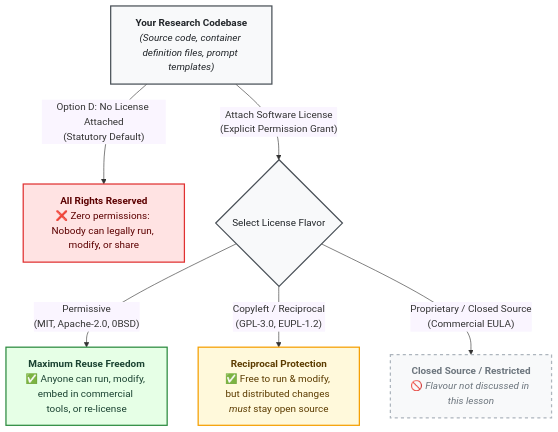
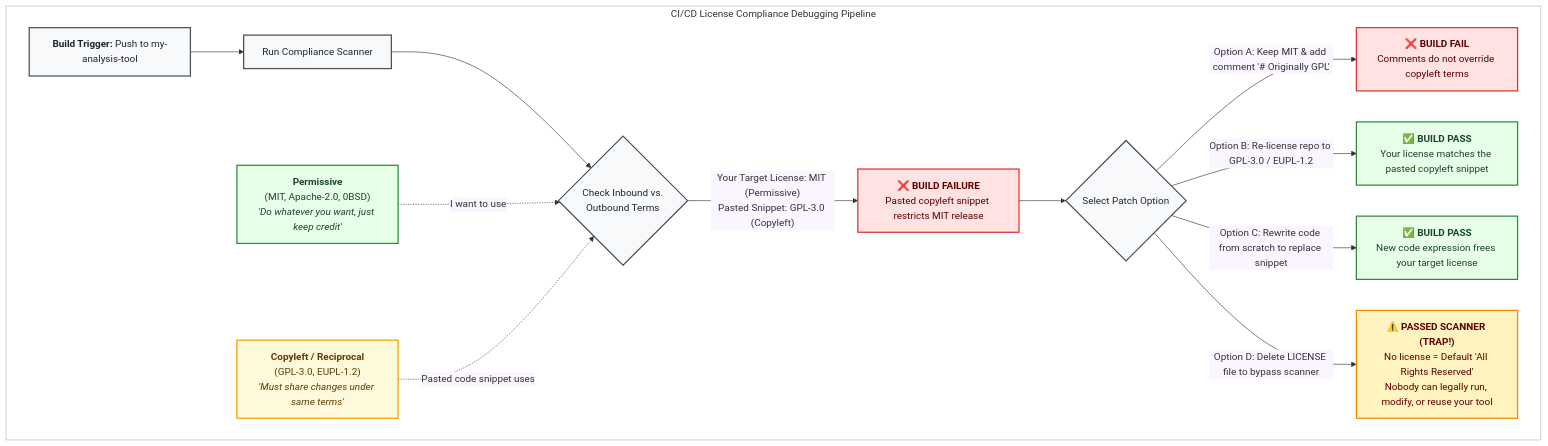
The second of 3 diagrams in content/software-licensing.md (coderefinery/social-coding), drawn with Mermaid before and after one commit. The commit also changed other lines of this file, not shown here.

Commit message:
Reorganizing, this version may be broken, saving before changing

````diff
--- a/content/software-licensing.md
+++ b/content/software-licensing.md
@@ -79,24 +120,39 @@
 ```{mermaid}
 %%{init: {'themeVariables': { 'edgeLabelBackground': '#faf5ff' }}}%%
-flowchart TD
-    A["<b>Your Research Codebase</b><br/><i>(Source code, container definition files, prompt templates)</i>"] -->|"Option D: No License Attached<br/>(Statutory Default)"| B["<b>All Rights Reserved</b><br/>❌ Zero permissions: Nobody can legally run, modify, or share"]
-    
-    A -->|"Attach Software License<br/>(Explicit Permission Grant)"| C{"Select License Flavor"}
-    
-    C -->|"Permissive<br/>(MIT, Apache-2.0, 0BSD)"| D["<b>Maximum Reuse Freedom</b><br/>✅ Anyone can run, modify, embed in commercial tools, or re-license"]
-    C -->|"Copyleft / Reciprocal<br/>(GPL-3.0, EUPL-1.2)"| E["<b>Reciprocal Protection</b><br/>✅ Free to run & modify, but distributed changes <i>must</i> stay open source"]
-    C -->|"Proprietary / Closed Source<br/>(Commercial EULA)"| F["<b>Closed Source / Restricted</b><br/>🚫 <i>Flavour not discussed in this lesson</i>"]
+flowchart TB
 
-    classDef defaultState fill:#ffe3e3,stroke:#e03131,stroke-width:2px,color:#5c0000;
-    classDef openState fill:#e6ffe6,stroke:#2b8a3e,stroke-width:2px,color:#1b4332;
-    classDef copyleftState fill:#fff9db,stroke:#f59f00,stroke-width:2px,color:#5c3c00;
-    classDef closedState fill:#f8f9fa,stroke:#adb5bd,stroke-width:2px,stroke-dasharray: 5 5,color:#6c757d;
-    classDef codeState fill:#f8f9fa,stroke:#495057,stroke-width:2px,color:#212529;
+    subgraph box["CI/CD License Compliance Debugging Pipeline"]
+        A["<b>Build Trigger:</b> Push to my-analysis-tool"] --> B["Run Compliance Scanner"]
+        B --> C{"Check Inbound vs.<br/>Outbound Terms"}
+        
+        C -->|"Your Target License: MIT (Permissive)<br/>Pasted Snippet: GPL-3.0 (Copyleft)"| D["❌ <b>BUILD FAILURE</b><br/>Pasted copyleft snippet restricts MIT release"]
+        
+        D --> E{"Select Patch Option"}
+        
+        E -->|"Option A: Keep MIT & add comment '# Originally GPL'"| F["❌ <b>BUILD FAIL</b><br/>Comments do not override copyleft terms"]
+        E -->|"Option B: Re-license repo to GPL-3.0 / EUPL-1.2"| G["✅ <b>BUILD PASS</b><br/>Your license matches the pasted copyleft snippet"]
+        E -->|"Option C: Rewrite code from scratch to replace snippet"| H["✅ <b>BUILD PASS</b><br/>New code expression frees your target license"]
+        E -->|"Option D: Delete LICENSE file to bypass scanner"| I["⚠️ <b>PASSED SCANNER (TRAP!)</b><br/>No license = Default 'All Rights Reserved'<br/>Nobody can legally run, modify, or reuse your tool"]
 
-    class B defaultState;
-    class D openState;
-    class E copyleftState;
-    class F closedState;
-    class A,C codeState;
+        P["<b>Permissive</b><br/>(MIT, Apache-2.0, 0BSD)<br/><i>'Do whatever you want, just keep credit'</i>"]
+        CL["<b>Copyleft / Reciprocal</b><br/>(GPL-3.0, EUPL-1.2)<br/><i>'Must share changes under same terms'</i>"]
+    end
+
+    P -.->|"I want to use"| C
+    CL -.->|"Pasted code snippet uses"| C
+
+    classDef pass fill:#e6ffe6,stroke:#2b8a3e,stroke-width:2px,color:#1b4332;
+    classDef copyleft fill:#fff9db,stroke:#f59f00,stroke-width:2px,color:#5c3c00;
+    classDef fail fill:#ffe3e3,stroke:#e03131,stroke-width:2px,color:#5c0000;
+    classDef warning fill:#fff3bf,stroke:#f08c00,stroke-width:2px,color:#5c0000;
+    classDef neutral fill:#f8f9fa,stroke:#495057,stroke-width:2px,color:#212529;
+    classDef box_fill fill:#ffffff,stroke:#adb5bd,stroke-width:1px;
+
+    class P,G,H pass;
+    class CL copyleft;
+    class D,F fail;
+    class I warning;
+    class A,B,C,E neutral;
+    class box box_fill;
 
 ```
````
